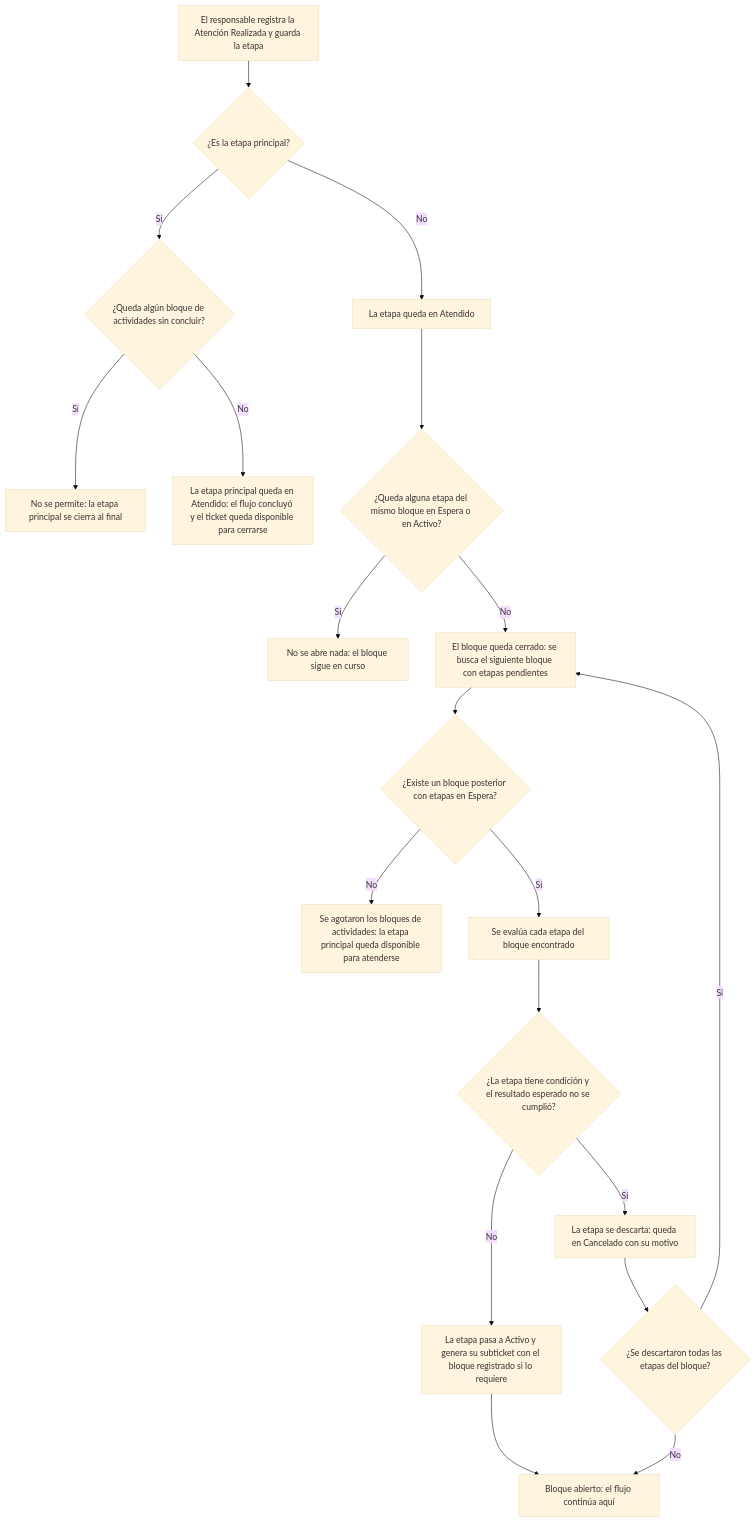
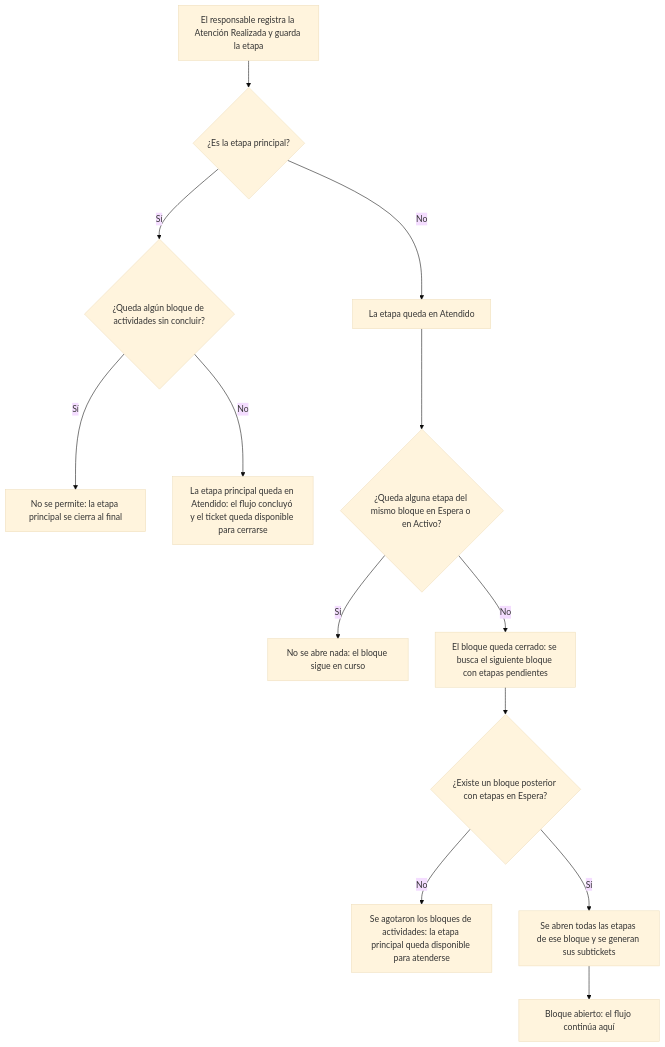
The second of 5 diagrams in docs/Proyectos/iNN/Baja usuario - Ticket escalonado/Ejecución del Flujo de Trabajo de Tickets por Bloques.md (solis1408/Business-Suite), drawn with Mermaid (base theme) before and after one commit. The commit also changed other lines of this file, not shown here.

First line of the commit message:
docs(computo): cierra las preguntas abiertas y reduce el alcance a seis RF

````diff
--- a/docs/Proyectos/iNN/Baja usuario - Ticket escalonado/Ejecución del Flujo de Trabajo de Tickets por Bloques.md
+++ b/docs/Proyectos/iNN/Baja usuario - Ticket escalonado/Ejecución del Flujo de Trabajo de Tickets por Bloques.md
@@ -164,21 +162,15 @@
 ```mermaid
 flowchart TD
     A[El responsable registra la Atención Realizada y guarda la etapa] --> A2{¿Es la etapa principal?}
     A2 -- Sí --> A3{¿Queda algún bloque de actividades sin concluir?}
     A3 -- Sí --> A4[No se permite: la etapa principal se cierra al final]
     A3 -- No --> A5[La etapa principal queda en Atendido: el flujo concluyó y el ticket queda disponible para cerrarse]
     A2 -- No --> B[La etapa queda en Atendido]
     B --> C{¿Queda alguna etapa del mismo bloque en Espera o en Activo?}
     C -- Sí --> D[No se abre nada: el bloque sigue en curso]
     C -- No --> E[El bloque queda cerrado: se busca el siguiente bloque con etapas pendientes]
     E --> F{¿Existe un bloque posterior con etapas en Espera?}
     F -- No --> G[Se agotaron los bloques de actividades: la etapa principal queda disponible para atenderse]
-    F -- Sí --> H[Se evalúa cada etapa del bloque encontrado]
-    H --> I{¿La etapa tiene condición y el resultado esperado no se cumplió?}
-    I -- Sí --> J[La etapa se descarta: queda en Cancelado con su motivo]
-    I -- No --> K[La etapa pasa a Activo y genera su subticket con el bloque registrado si lo requiere]
-    J --> L{¿Se descartaron todas las etapas del bloque?}
-    K --> M[Bloque abierto: el flujo continúa aquí]
-    L -- Sí --> E
-    L -- No --> M
+    F -- Sí --> H[Se abren todas las etapas de ese bloque y se generan sus subtickets]
+    H --> M[Bloque abierto: el flujo continúa aquí]
 ```
````
